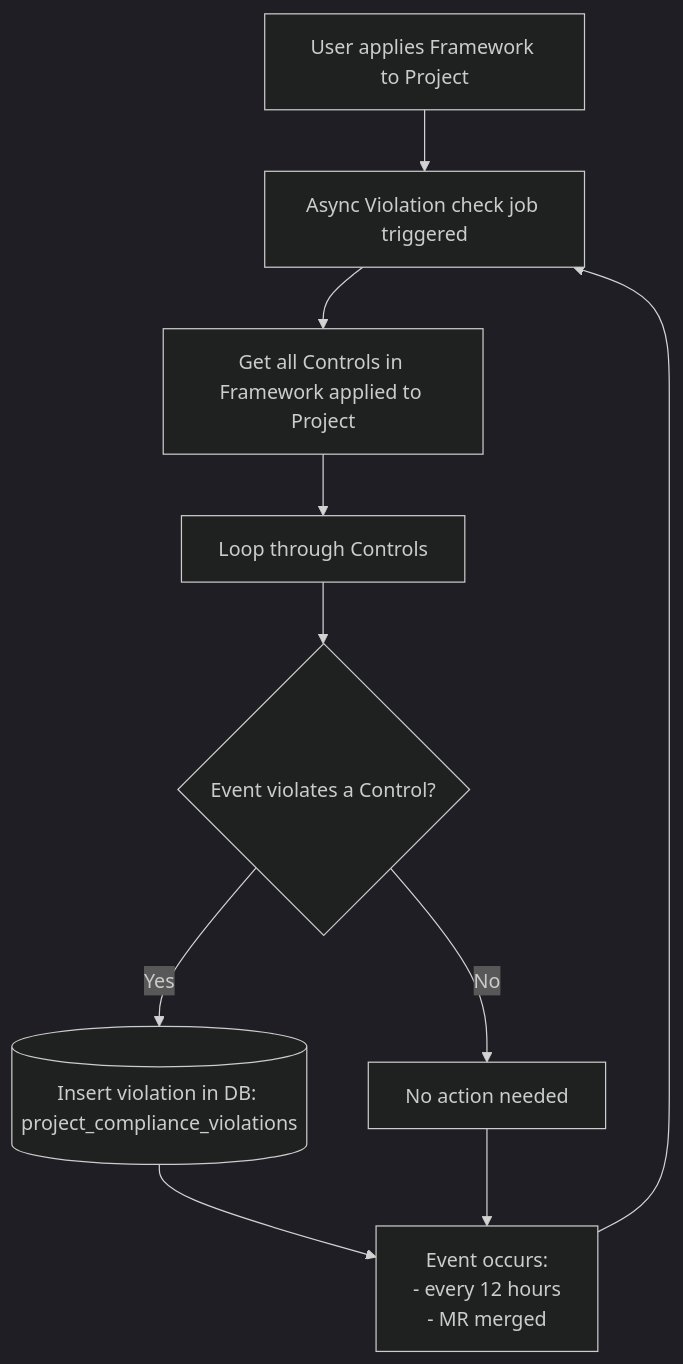
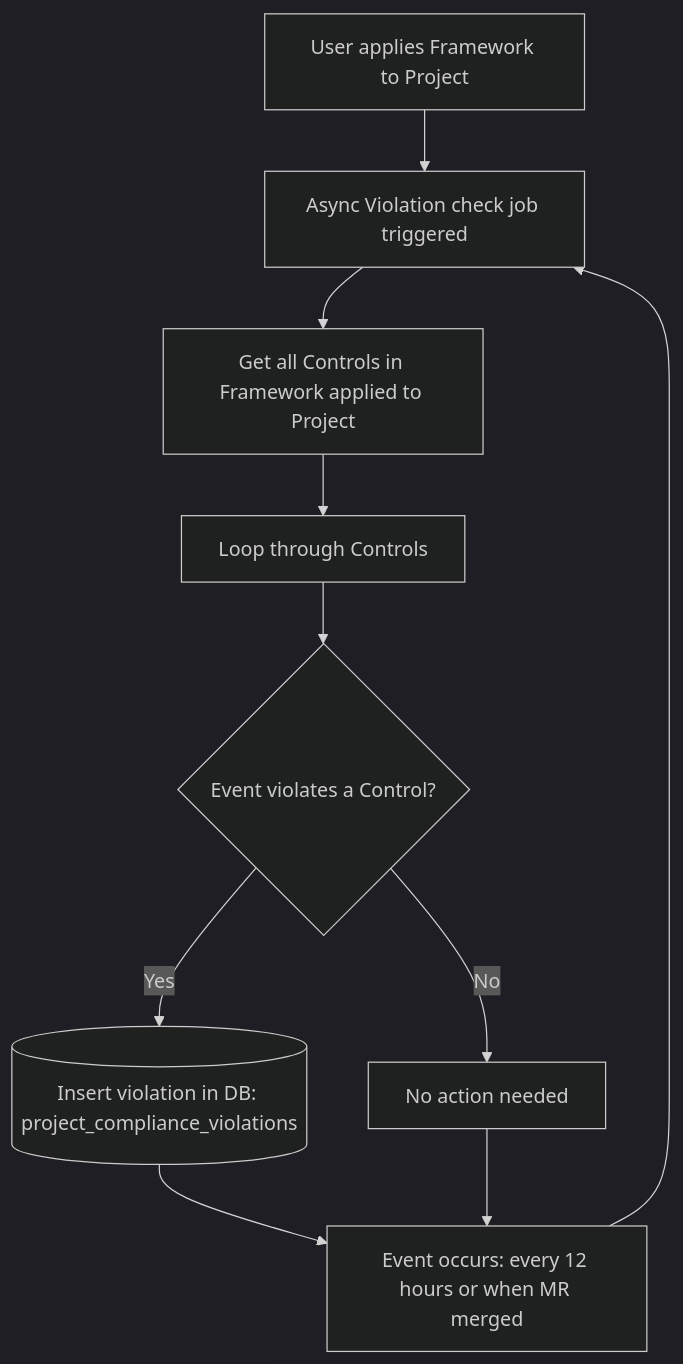
Before and after one commit to zalyoung/gitlab-handbook: the fourth of 4 diagrams in content/handbook/engineering/architecture/design-documents/compliance-adherence-reporting/_index.md, drawn with Mermaid (dark theme).

Commit message:
Fix Unsupported markdown list

````diff
--- a/content/handbook/engineering/architecture/design-documents/compliance-adherence-reporting/_index.md
+++ b/content/handbook/engineering/architecture/design-documents/compliance-adherence-reporting/_index.md
@@ -314,15 +314,13 @@
 ```mermaid
 flowchart TD
     %% Event-Triggered Violation Check
     F[User applies Framework to Project] --> U[Async Violation check job triggered]
     U --> V[Get all Controls in Framework applied to Project]
     V --> W[Loop through Controls]
     W --> X{Event violates a Control?}
     X -- Yes --> Y[Insert violation in DB: project_compliance_violations]@{ shape: cyl }
     X -- No --> Z[No action needed]
-    Y --> AA[Event occurs: 
-    - every 12 hours
-    - MR merged]
+    Y --> AA[Event occurs: every 12 hours or when MR merged]
     Z --> AA
     AA --> U
 ```
````
